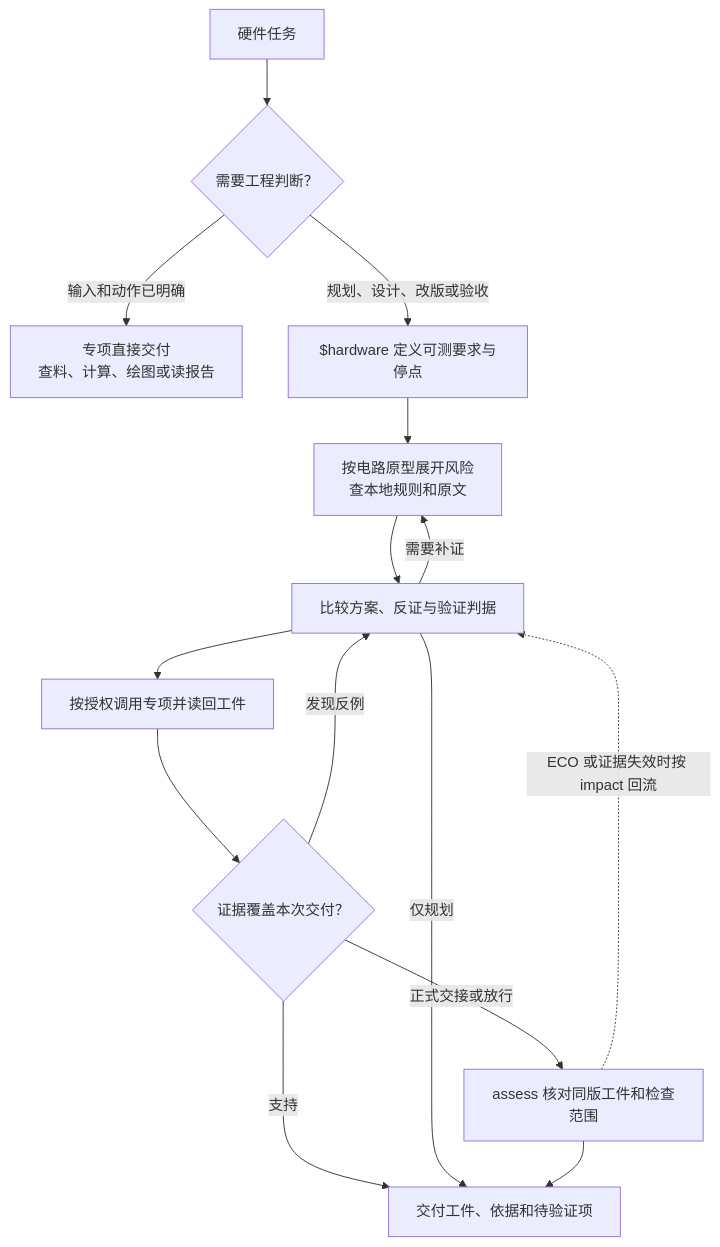
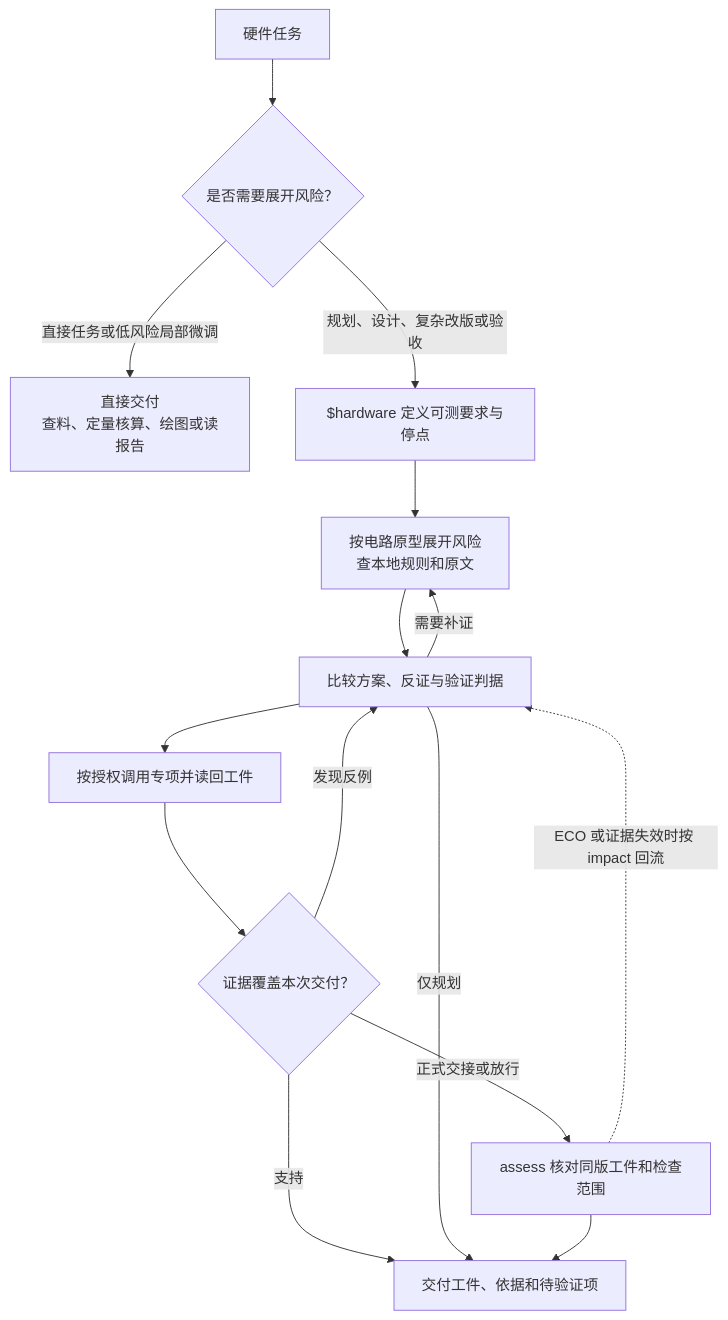
One commit to zhr1008/hardware-design-skills changed the diagram in README.md. Above: the diagram before and after it, drawn with Mermaid. The commit also changed other lines of this file and 16 other files, not shown here.

````diff
--- a/README.md
+++ b/README.md
@@ -52,17 +55,17 @@
 ```mermaid
 flowchart TD
-  A["硬件任务"] --> Q{"需要工程判断？"}
-  Q -->|"输入和动作已明确"| FAST["专项直接交付<br/>查料、计算、绘图或读报告"]
-  Q -->|"规划、设计、改版或验收"| B["$hardware 定义可测要求与停点"]
+  A["硬件任务"] --> Q{"是否需要展开风险？"}
+  Q -->|"直接任务或低风险局部微调"| FAST["直接交付<br/>查料、定量核算、绘图或读报告"]
+  Q -->|"规划、设计、复杂改版或验收"| B["$hardware 定义可测要求与停点"]
   B --> C["按电路原型展开风险<br/>查本地规则和原文"]
   C --> D["比较方案、反证与验证判据"]
   D --> E["按授权调用专项并读回工件"]
   E --> F{"证据覆盖本次交付？"}
   F -->|"支持"| G["交付工件、依据和待验证项"]
   F -->|"发现反例"| D
   D -->|"需要补证"| C
   D -->|"仅规划"| G
   F -->|"正式交接或放行"| S["assess 核对同版工件和检查范围"]
   S --> G
   S -. "ECO 或证据失效时按 impact 回流" .-> D
 ```
````
